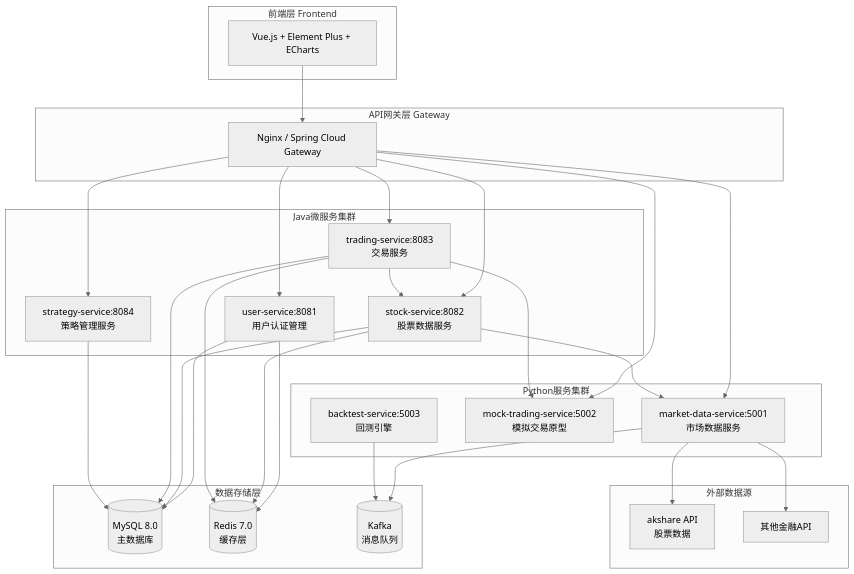
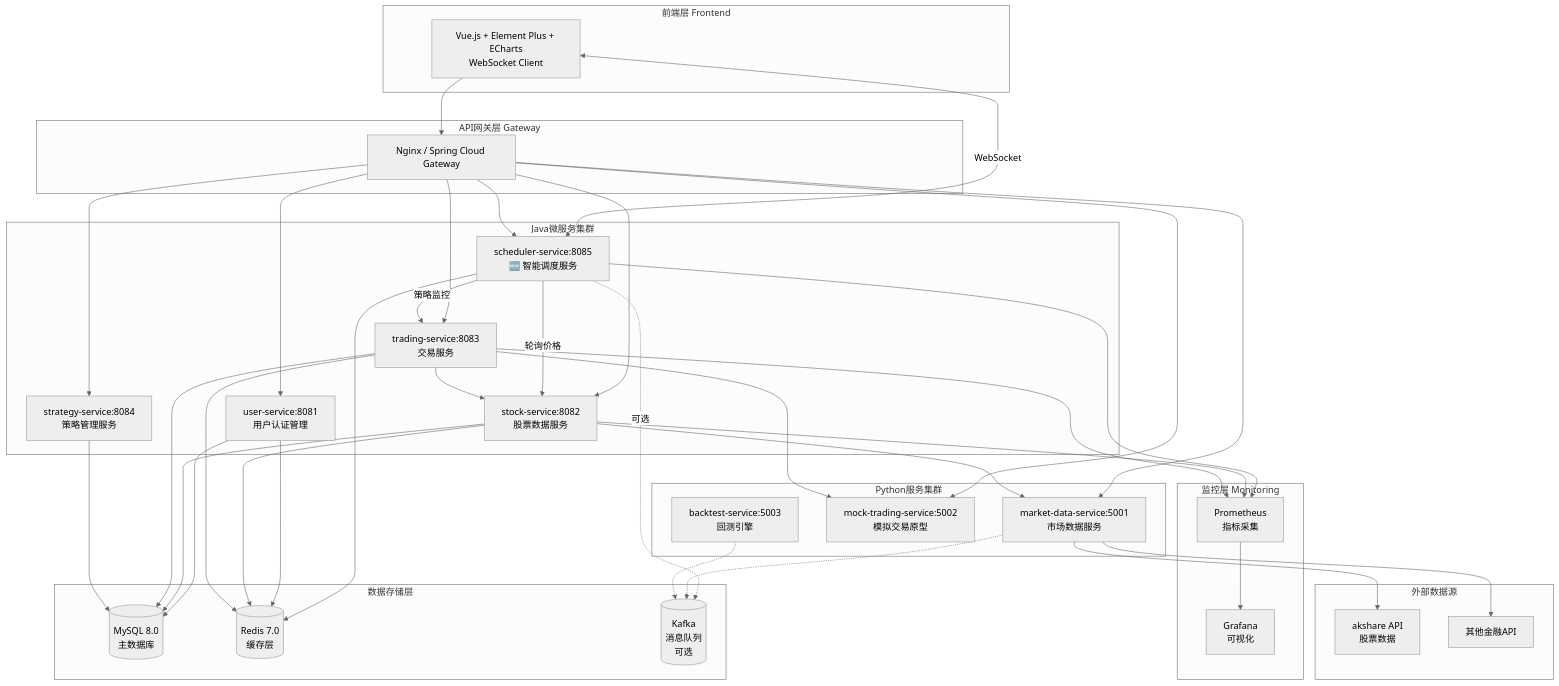
One commit to youweichen0208/YC-Tech-Blog changed the first of 4 diagrams in src/quant-platform/ARCHITECTURE.md. Above: the diagram before and after it, drawn with Mermaid (neutral theme). The commit also changed other lines of this file and 3 other files, not shown here.

````diff
--- a/src/quant-platform/ARCHITECTURE.md
+++ b/src/quant-platform/ARCHITECTURE.md
@@ -7,60 +7,78 @@
 ```mermaid
 graph TB
     subgraph "前端层 Frontend"
-        FE[Vue.js + Element Plus + ECharts]
+        FE[Vue.js + Element Plus + ECharts<br/>WebSocket Client]
     end
 
     subgraph "API网关层 Gateway"
         GW[Nginx / Spring Cloud Gateway]
     end
 
     subgraph "Java微服务集群"
         US[user-service:8081<br/>用户认证管理]
         SS[stock-service:8082<br/>股票数据服务]
         TS[trading-service:8083<br/>交易服务]
         ST[strategy-service:8084<br/>策略管理服务]
+        SCHED[scheduler-service:8085<br/>🆕 智能调度服务]
     end
 
     subgraph "Python服务集群"
         MDS[market-data-service:5001<br/>市场数据服务]
         MTS[mock-trading-service:5002<br/>模拟交易原型]
         BS[backtest-service:5003<br/>回测引擎]
     end
 
     subgraph "数据存储层"
         MYSQL[(MySQL 8.0<br/>主数据库)]
         REDIS[(Redis 7.0<br/>缓存层)]
-        KAFKA[(Kafka<br/>消息队列)]
+        KAFKA[(Kafka<br/>消息队列<br/>可选)]
+    end
+
+    subgraph "监控层 Monitoring"
+        PROM[Prometheus<br/>指标采集]
+        GRAF[Grafana<br/>可视化]
     end
 
     subgraph "外部数据源"
         AK[akshare API<br/>股票数据]
         EXT[其他金融API]
     end
 
+    FE <-->|WebSocket| SCHED
     FE --> GW
     GW --> US
     GW --> SS
     GW --> TS
     GW --> ST
+    GW --> SCHED
     GW --> MDS
     GW --> MTS
+
+    SCHED -->|轮询价格| SS
+    SCHED -->|策略监控| TS
+    SCHED --> REDIS
+    SCHED -.->|可选| KAFKA
 
     US --> MYSQL
     SS --> MYSQL
     TS --> MYSQL
     ST --> MYSQL
 
     US --> REDIS
     SS --> REDIS
     TS --> REDIS
 
     MDS --> AK
     MDS --> EXT
-    MDS --> KAFKA
-    BS --> KAFKA
+    MDS -.-> KAFKA
+    BS -.-> KAFKA
 
     SS --> MDS
     TS --> SS
     TS --> MTS
+
+    SCHED --> PROM
+    SS --> PROM
+    TS --> PROM
+    PROM --> GRAF
 ```
````
